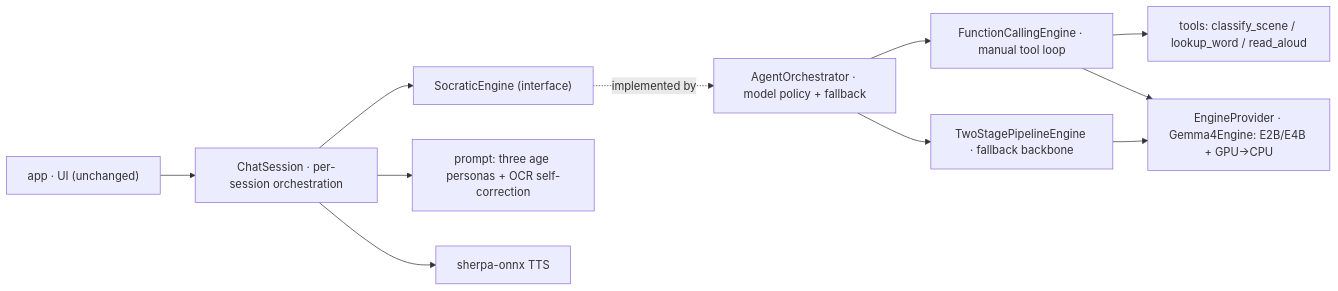
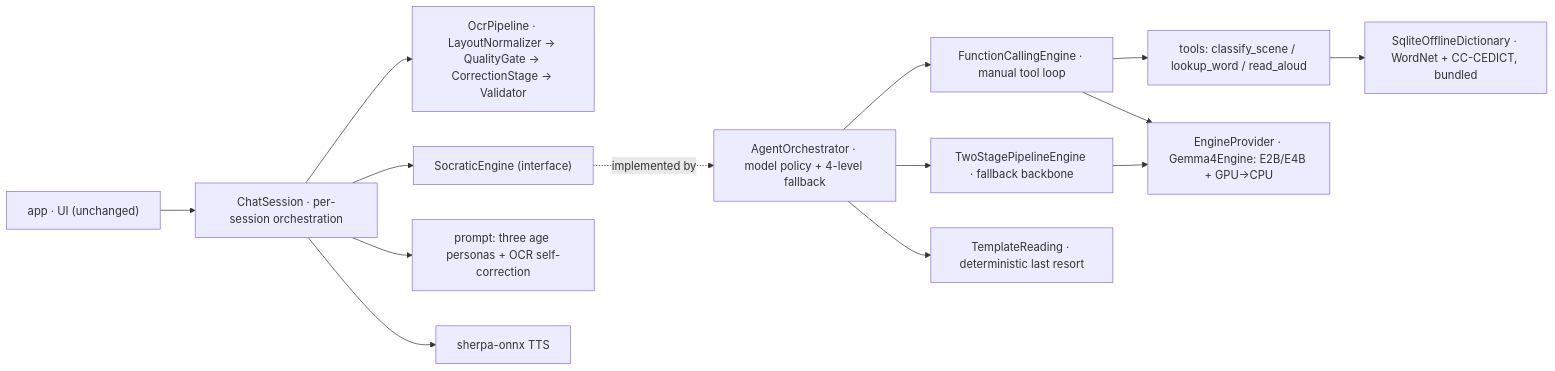
Before and after one commit to Stefan-Antonio-Pao/ING_luminosity-reader: the second of 2 diagrams in README.md, drawn with Mermaid. The commit also changed other lines of this file and 64 other files, not shown here.

````diff
--- a/README.md
+++ b/README.md
@@ -249,13 +276,16 @@
 ```mermaid
 flowchart LR
     UI["app · UI (unchanged)"] --> CS[ChatSession · per-session orchestration]
+    CS --> OP["OcrPipeline · LayoutNormalizer → QualityGate → CorrectionStage → Validator"]
     CS --> SE["SocraticEngine (interface)"]
-    SE -. "implemented by" .-> ORCH[AgentOrchestrator · model policy + fallback]
+    SE -. "implemented by" .-> ORCH[AgentOrchestrator · model policy + 4-level fallback]
     ORCH --> FCE[FunctionCallingEngine · manual tool loop]
     ORCH --> TSE[TwoStagePipelineEngine · fallback backbone]
+    ORCH --> TPL[TemplateReading · deterministic last resort]
     FCE --> TR["tools: classify_scene / lookup_word / read_aloud"]
+    TR --> DICT["SqliteOfflineDictionary · WordNet + CC-CEDICT, bundled"]
     FCE --> EP["EngineProvider · Gemma4Engine: E2B/E4B + GPU→CPU"]
     TSE --> EP
     CS --> PR["prompt: three age personas + OCR self-correction"]
     CS --> TTS[sherpa-onnx TTS]
 ```
````
